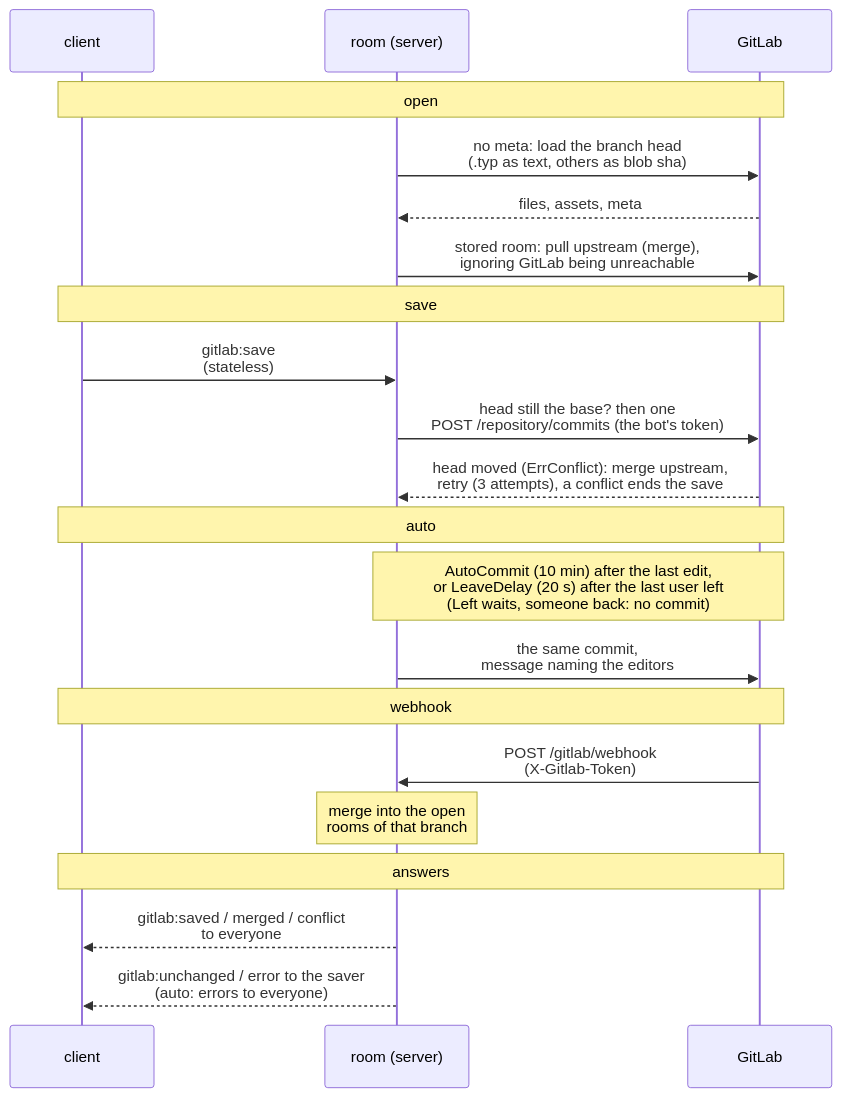
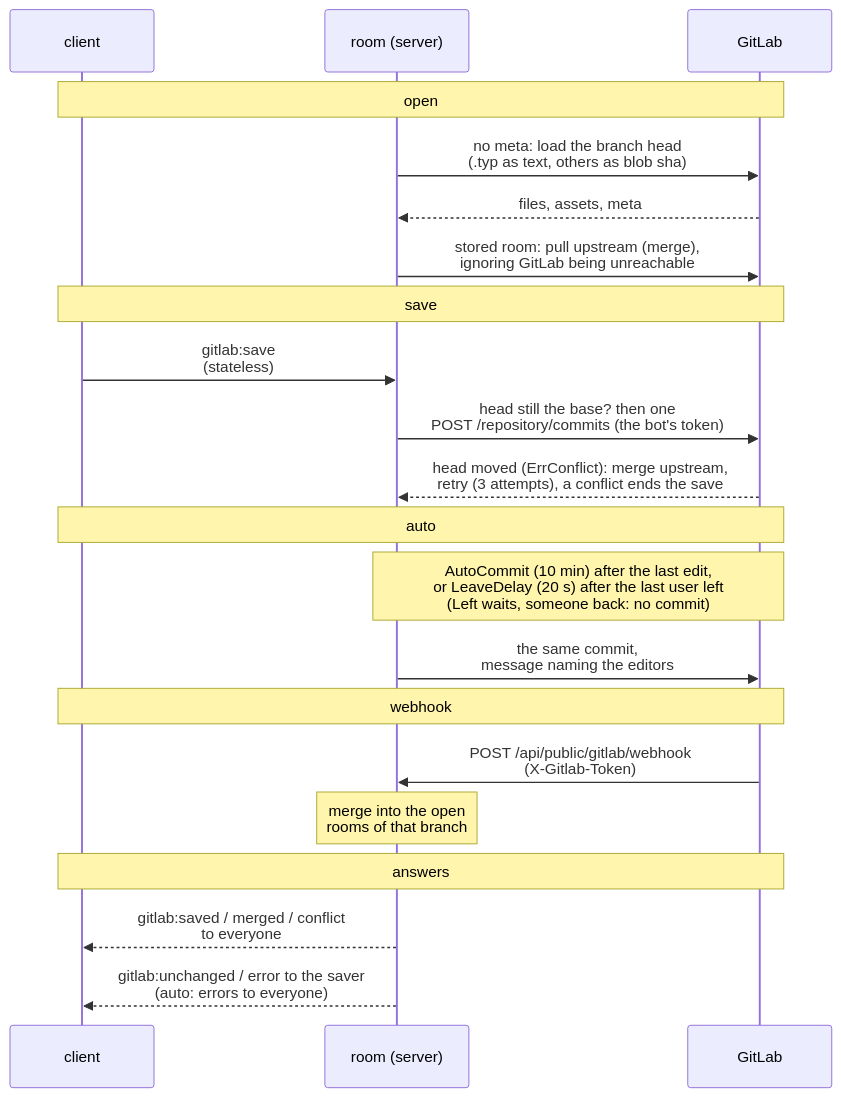
Before and after one commit to sandstorm/zwiebelfisch: the diagram in docs/diagrams/gitlab-room.mmd, drawn with Mermaid. The commit also changed 32 other files, not shown here.

First line of the commit message:
Server: /api/public/ is the only public part, everything else signed in

```diff
--- a/docs/diagrams/gitlab-room.mmd
+++ b/docs/diagrams/gitlab-room.mmd
@@ -1,21 +1,21 @@
 sequenceDiagram
   participant C as client
   participant R as room (server)
   participant G as GitLab
   Note over C,G: open
   R->>G: no meta: load the branch head<br/>(.typ as text, others as blob sha)
   G-->>R: files, assets, meta
   R->>G: stored room: pull upstream (merge),<br/>ignoring GitLab being unreachable
   Note over C,G: save
   C->>R: gitlab:save<br/>(stateless)
   R->>G: head still the base? then one<br/>POST /repository/commits (the bot's token)
   G-->>R: head moved (ErrConflict): merge upstream,<br/>retry (3 attempts), a conflict ends the save
   Note over C,G: auto
   Note over R,G: AutoCommit (10 min) after the last edit,<br/>or LeaveDelay (20 s) after the last user left<br/>(Left waits, someone back: no commit)
   R->>G: the same commit,<br/>message naming the editors
   Note over C,G: webhook
-  G->>R: POST /gitlab/webhook<br/>(X-Gitlab-Token)
+  G->>R: POST /api/public/gitlab/webhook<br/>(X-Gitlab-Token)
   Note over R: merge into the open<br/>rooms of that branch
   Note over C,G: answers
   R-->>C: gitlab:saved / merged / conflict<br/>to everyone
   R-->>C: gitlab:unchanged / error to the saver<br/>(auto: errors to everyone)
```
